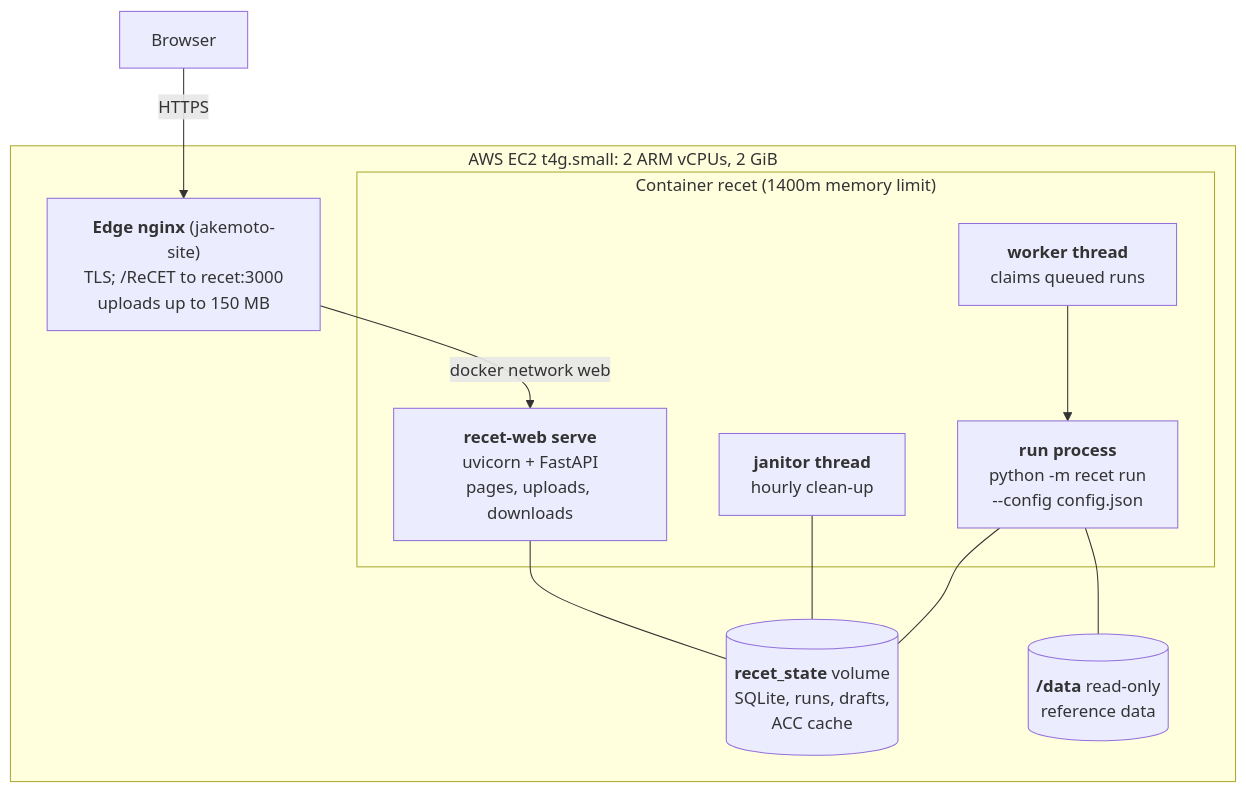
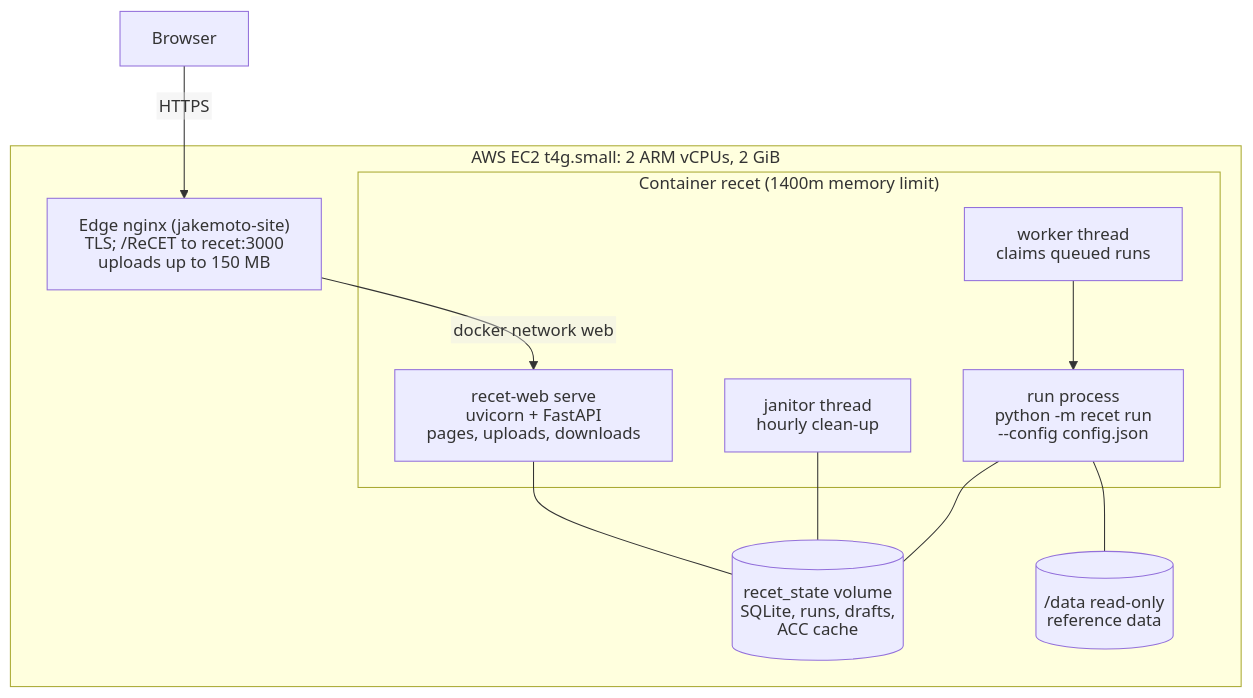
The sixth of 7 diagrams in recet/docs/ARCHITECTURE.md (JRichardson-PGE/ReCET), drawn with Mermaid before and after one commit. The commit also changed other lines of this file and 8 other files, not shown here.

First line of the commit message:
Default part size 50,000; diagrams drawn with SVG text so labels are never cut off

````diff
--- a/recet/docs/ARCHITECTURE.md
+++ b/recet/docs/ARCHITECTURE.md
@@ -291,20 +325,27 @@
 ```mermaid
+---
+config:
+  htmlLabels: false
+  flowchart:
+    htmlLabels: false
+    wrappingWidth: 400
+---
 flowchart TB
-    b["Browser"] -->|HTTPS| nginx["<b>Edge nginx</b> (jakemoto-site)<br/>TLS; /ReCET to recet:3000<br/>uploads up to 150 MB"]
+    b["Browser"] -->|HTTPS| nginx["Edge nginx (jakemoto-site)<br/>TLS; /ReCET to recet:3000<br/>uploads up to 150 MB"]
     subgraph HOST["AWS EC2 t4g.small: 2 ARM vCPUs, 2 GiB"]
         nginx -->|"docker network web"| srv
         subgraph C["Container recet (1400m memory limit)"]
-            srv["<b>recet-web serve</b><br/>uvicorn + FastAPI<br/>pages, uploads, downloads"]
-            wk["<b>worker thread</b><br/>claims queued runs"]
-            jan["<b>janitor thread</b><br/>hourly clean-up"]
-            child["<b>run process</b><br/>python -m recet run<br/>--config config.json"]
+            srv["recet-web serve<br/>uvicorn + FastAPI<br/>pages, uploads, downloads"]
+            wk["worker thread<br/>claims queued runs"]
+            jan["janitor thread<br/>hourly clean-up"]
+            child["run process<br/>python -m recet run<br/>--config config.json"]
             wk --> child
         end
-        state[("<b>recet_state</b> volume<br/>SQLite, runs, drafts,<br/>ACC cache")]
-        ref[("<b>/data</b> read-only<br/>reference data")]
+        state[("recet_state volume<br/>SQLite, runs, drafts,<br/>ACC cache")]
+        ref[("/data read-only<br/>reference data")]
     end
     srv --- state
     jan --- state
     child --- state
     child --- ref
 ```
````
